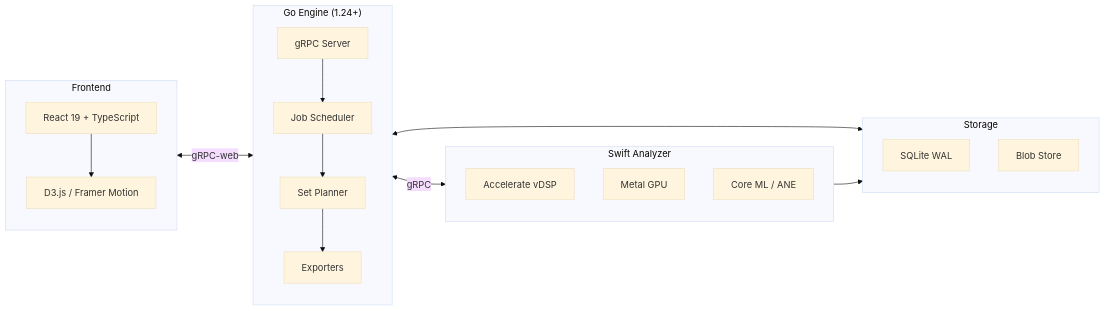
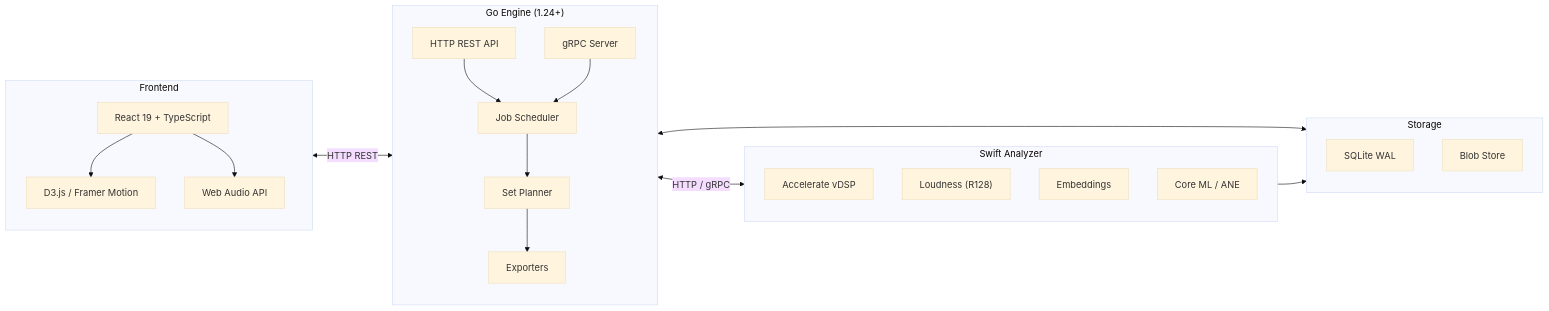
Before and after one commit to ParkWardRR/cartomix-Web-Based-DJ-Copilot: the diagram in README.md, drawn with Mermaid (base theme). The commit also changed other lines of this file and 10 other files, not shown here.

First line of the commit message:
feat: EBU R128 loudness, 128-dim embeddings, comprehensive docs

````diff
--- a/README.md
+++ b/README.md
@@ -183,36 +211,42 @@
 ```mermaid
 flowchart LR
     subgraph UI["Frontend"]
       direction TB
       REACT["React 19 + TypeScript"]
       VIZ["D3.js / Framer Motion"]
+      AUDIO["Web Audio API"]
       REACT --> VIZ
+      REACT --> AUDIO
     end
 
     subgraph ENGINE["Go Engine (1.24+)"]
       direction TB
+      HTTP["HTTP REST API"]
       GRPC["gRPC Server"]
       SCHED["Job Scheduler"]
       PLAN["Set Planner"]
       EXPORT["Exporters"]
-      GRPC --> SCHED --> PLAN --> EXPORT
+      HTTP --> SCHED
+      GRPC --> SCHED
+      SCHED --> PLAN --> EXPORT
     end
 
     subgraph ANALYZER["Swift Analyzer"]
       direction TB
       DSP["Accelerate vDSP"]
-      METAL["Metal GPU"]
+      LOUD["Loudness (R128)"]
+      EMBED["Embeddings"]
       ANE["Core ML / ANE"]
     end
 
     subgraph DATA["Storage"]
       direction TB
       DB["SQLite WAL"]
       BLOBS["Blob Store"]
     end
 
-    UI <-->|"gRPC-web"| ENGINE
-    ENGINE <-->|"gRPC"| ANALYZER
+    UI <-->|"HTTP REST"| ENGINE
+    ENGINE <-->|"HTTP / gRPC"| ANALYZER
     ENGINE <--> DATA
     ANALYZER --> DATA
 ```
````
